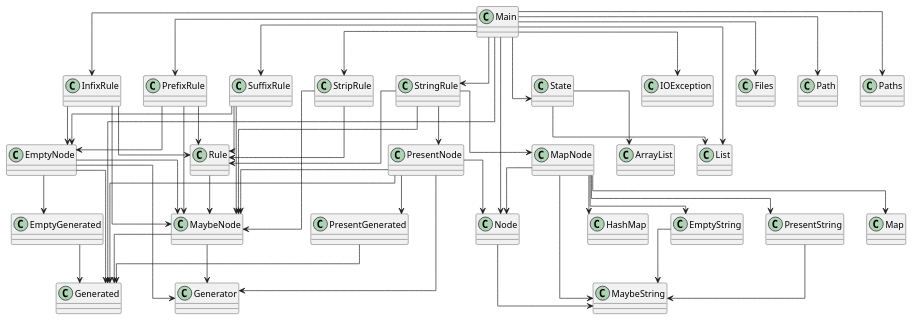
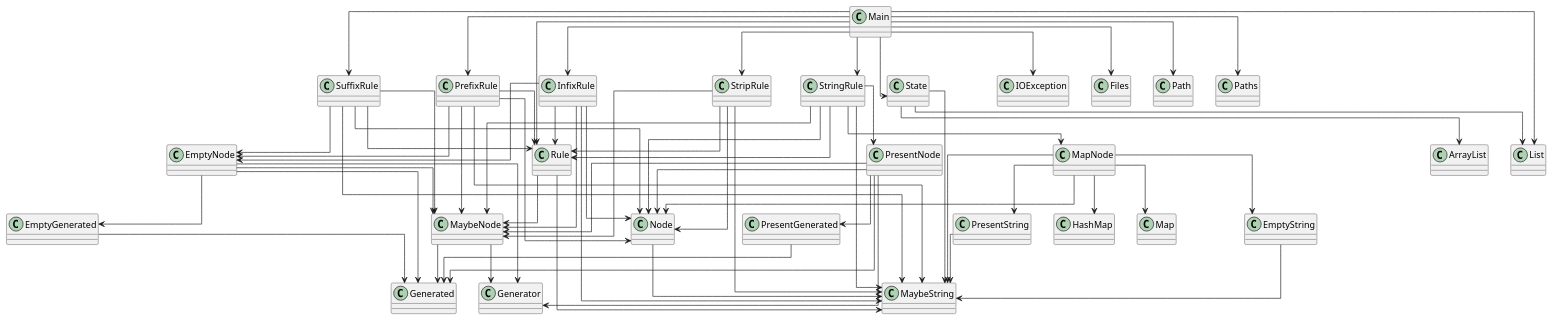
One commit to SirMathhman/Magma changed the diagram in diagram.puml. Above: the diagram before and after it, drawn with PlantUML. The commit also changed 11 other files, not shown here.

```diff
--- a/diagram.puml
+++ b/diagram.puml
@@ -1,76 +1,87 @@
 @startuml
 skinparam linetype ortho
 class Generated
 class Generator
 class MaybeNode
 MaybeNode --> Generated
 MaybeNode --> Generator
 class MaybeString
 class EmptyNode
 EmptyNode --> Generated
 EmptyNode --> Generator
 EmptyNode --> MaybeNode
 EmptyNode --> EmptyGenerated
 class PresentNode
 PresentNode --> Generated
 PresentNode --> Generator
 PresentNode --> Node
 PresentNode --> MaybeNode
 PresentNode --> PresentGenerated
 class EmptyString
 EmptyString --> MaybeString
 class PresentString
 PresentString --> MaybeString
 class MapNode
 MapNode --> MaybeString
 MapNode --> Node
 MapNode --> EmptyString
 MapNode --> PresentString
 MapNode --> HashMap
 MapNode --> Map
 class Node
 Node --> MaybeString
 class EmptyGenerated
 EmptyGenerated --> Generated
 class PresentGenerated
 PresentGenerated --> Generated
 class InfixRule
+InfixRule --> Node
+InfixRule --> Rule
 InfixRule --> MaybeNode
-InfixRule --> Rule
+InfixRule --> MaybeString
 InfixRule --> EmptyNode
 class PrefixRule
+PrefixRule --> Node
 PrefixRule --> Rule
 PrefixRule --> MaybeNode
+PrefixRule --> MaybeString
 PrefixRule --> EmptyNode
 class StringRule
+StringRule --> Node
+StringRule --> Rule
 StringRule --> MaybeNode
-StringRule --> Rule
+StringRule --> MaybeString
+StringRule --> PresentNode
 StringRule --> MapNode
-StringRule --> PresentNode
 class StripRule
+StripRule --> Node
 StripRule --> Rule
 StripRule --> MaybeNode
+StripRule --> MaybeString
 class SuffixRule
+SuffixRule --> Node
 SuffixRule --> Rule
 SuffixRule --> MaybeNode
+SuffixRule --> MaybeString
 SuffixRule --> EmptyNode
 class Rule
 Rule --> MaybeNode
+Rule --> MaybeString
 class State
+State --> MaybeString
 State --> ArrayList
 State --> List
 class Main
-Main --> Generated
-Main --> Node
+Main --> Rule
 Main --> State
 Main --> InfixRule
 Main --> PrefixRule
 Main --> StringRule
 Main --> StripRule
 Main --> SuffixRule
 Main --> IOException
 Main --> Files
 Main --> Path
 Main --> Paths
 Main --> List
 @enduml
```
